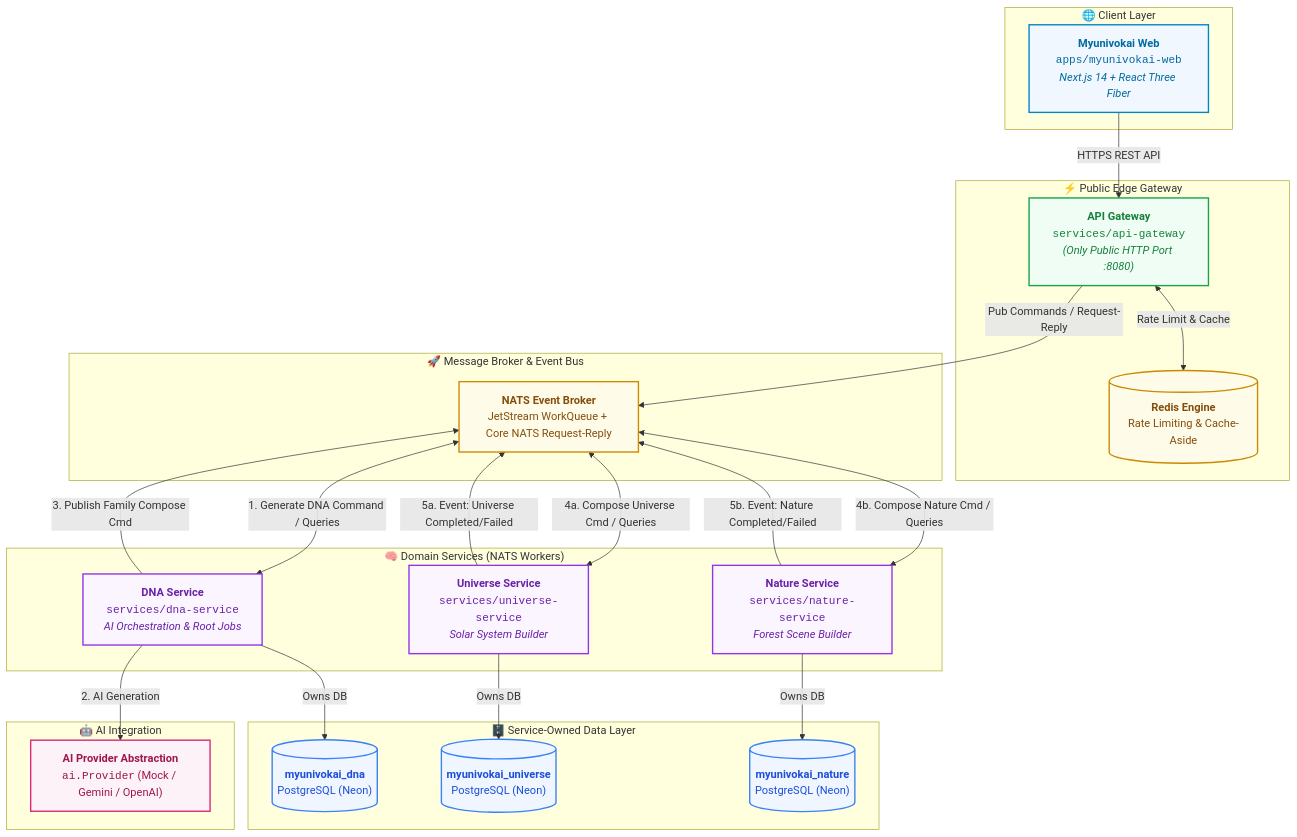
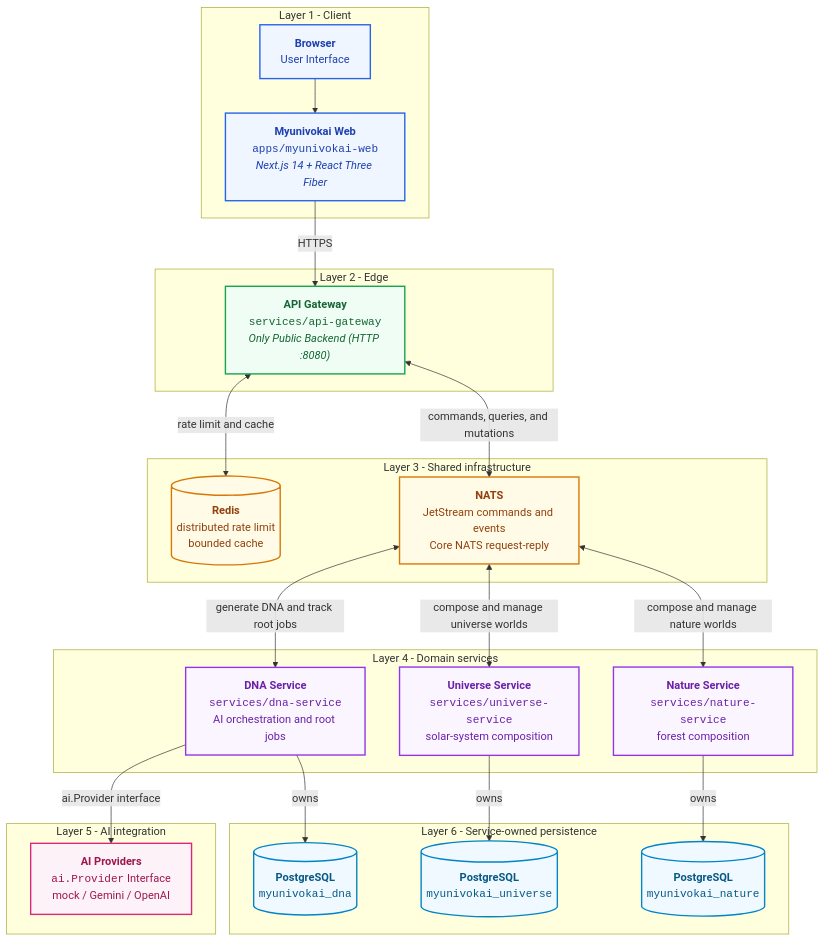
Before and after one commit to TuanTran0168/myunivokai: the diagram in README.md, drawn with Mermaid. The commit also changed other lines of this file, not shown here.

Commit message:
[UPDATE][DOCS][staging]: Redraw 6-layer Mermaid architecture diagram and remove obsolete text

````diff
--- a/README.md
+++ b/README.md
@@ -7,58 +10,52 @@
 ```mermaid
 flowchart TB
-  %% Styling Tokens
-  classDef client fill:#f0f7ff,stroke:#0284c7,stroke-width:2px,color:#0369a1;
-  classDef edge fill:#f0fdf4,stroke:#16a34a,stroke-width:2px,color:#15803d;
-  classDef infra fill:#fefce8,stroke:#ca8a04,stroke-width:2px,color:#854d0e;
-  classDef domain fill:#faf5ff,stroke:#9333ea,stroke-width:2px,color:#6b21a8;
-  classDef ai fill:#fdf2f8,stroke:#db2777,stroke-width:2px,color:#9d174d;
-  classDef db fill:#eff6ff,stroke:#3b82f6,stroke-width:2px,color:#1d4ed8;
+  %% Class Definitions & Layer Colors
+  classDef clientStyle fill:#eff6ff,stroke:#2563eb,stroke-width:2px,color:#1e40af;
+  classDef edgeStyle fill:#f0fdf4,stroke:#16a34a,stroke-width:2px,color:#166534;
+  classDef infraStyle fill:#fffbe6,stroke:#d97706,stroke-width:2px,color:#92400e;
+  classDef domainStyle fill:#faf5ff,stroke:#9333ea,stroke-width:2px,color:#6b21a8;
+  classDef aiStyle fill:#fdf2f8,stroke:#db2777,stroke-width:2px,color:#9d174d;
+  classDef dbStyle fill:#f0f9ff,stroke:#0284c7,stroke-width:2px,color:#075985;
 
-  subgraph Layer1 ["🌐 Client Layer"]
-    web["<b>Myunivokai Web</b><br/><code>apps/myunivokai-web</code><br/><i>Next.js 14 + React Three Fiber</i>"]:::client
+  subgraph clientLayer ["Layer 1 - Client"]
+    browser["<b>Browser</b><br/>User Interface"]:::clientStyle
+    web["<b>Myunivokai Web</b><br/><code>apps/myunivokai-web</code><br/><i>Next.js 14 + React Three Fiber</i>"]:::clientStyle
+    browser --> web
   end
 
-  subgraph Layer2 ["⚡ Public Edge Gateway"]
-    gateway["<b>API Gateway</b><br/><code>services/api-gateway</code><br/><i>(Only Public HTTP Port :8080)</i>"]:::edge
-    redis[("<b>Redis Engine</b><br/>Rate Limiting & Cache-Aside")]:::infra
+  subgraph edgeLayer ["Layer 2 - Edge"]
+    gateway["<b>API Gateway</b><br/><code>services/api-gateway</code><br/><i>Only Public Backend (HTTP :8080)</i>"]:::edgeStyle
   end
 
-  subgraph Layer3 ["🚀 Message Broker & Event Bus"]
-    nats["<b>NATS Event Broker</b><br/>JetStream WorkQueue + Core NATS Request-Reply"]:::infra
+  subgraph infrastructureLayer ["Layer 3 - Shared infrastructure"]
+    redis[("<b>Redis</b><br/>distributed rate limit<br/>bounded cache")]:::infraStyle
+    nats["<b>NATS</b><br/>JetStream commands and events<br/>Core NATS request-reply"]:::infraStyle
   end
 
-  subgraph Layer4 ["🧠 Domain Services (NATS Workers)"]
-    dna["<b>DNA Service</b><br/><code>services/dna-service</code><br/><i>AI Orchestration & Root Jobs</i>"]:::domain
-    universe["<b>Universe Service</b><br/><code>services/universe-service</code><br/><i>Solar System Builder</i>"]:::domain
-    nature["<b>Nature Service</b><br/><code>services/nature-service</code><br/><i>Forest Scene Builder</i>"]:::domain
+  subgraph domainLayer ["Layer 4 - Domain services"]
+    dna["<b>DNA Service</b><br/><code>services/dna-service</code><br/>AI orchestration and root jobs"]:::domainStyle
+    universe["<b>Universe Service</b><br/><code>services/universe-service</code><br/>solar-system composition"]:::domainStyle
+    nature["<b>Nature Service</b><br/><code>services/nature-service</code><br/>forest composition"]:::domainStyle
   end
 
-  subgraph Layer5 ["🤖 AI Integration"]
-    providers["<b>AI Provider Abstraction</b><br/><code>ai.Provider</code> (Mock / Gemini / OpenAI)"]:::ai
+  subgraph integrationLayer ["Layer 5 - AI integration"]
+    providers["<b>AI Providers</b><br/><code>ai.Provider</code> Interface<br/>mock / Gemini / OpenAI"]:::aiStyle
   end
 
-  subgraph Layer6 ["🗄️ Service-Owned Data Layer"]
-    dnaDb[("<b>myunivokai_dna</b><br/>PostgreSQL (Neon)")]:::db
-    universeDb[("<b>myunivokai_universe</b><br/>PostgreSQL (Neon)")]:::db
-    natureDb[("<b>myunivokai_nature</b><br/>PostgreSQL (Neon)")]:::db
+  subgraph persistenceLayer ["Layer 6 - Service-owned persistence"]
+    dnaDatabase[("<b>PostgreSQL</b><br/><code>myunivokai_dna</code>")]:::dbStyle
+    universeDatabase[("<b>PostgreSQL</b><br/><code>myunivokai_universe</code>")]:::dbStyle
+    natureDatabase[("<b>PostgreSQL</b><br/><code>myunivokai_nature</code>")]:::dbStyle
   end
 
-  %% Flow Connections
-  web -->|"HTTPS REST API"| gateway
-  gateway <-->|"Rate Limit & Cache"| redis
-  gateway -->|"Pub Commands / Request-Reply"| nats
-
-  nats <-->|"1. Generate DNA Command / Queries"| dna
-  dna -->|"2. AI Generation"| providers
-  dna -->|"3. Publish Family Compose Cmd"| nats
-
-  nats <-->|"4a. Compose Universe Cmd / Queries"| universe
-  nats <-->|"4b. Compose Nature Cmd / Queries"| nature
-
-  universe -->|"5a. Event: Universe Completed/Failed"| nats
-  nature -->|"5b. Event: Nature Completed/Failed"| nats
-
-  dna -->|"Owns DB"| dnaDb
-  universe -->|"Owns DB"| universeDb
-  nature -->|"Owns DB"| natureDb
+  web -->|"HTTPS"| gateway
+  gateway <-->|"rate limit and cache"| redis
+  gateway <-->|"commands, queries, and mutations"| nats
+  nats <-->|"generate DNA and track root jobs"| dna
+  nats <-->|"compose and manage universe worlds"| universe
+  nats <-->|"compose and manage nature worlds"| nature
+  dna -->|"ai.Provider interface"| providers
+  dna -->|"owns"| dnaDatabase
+  universe -->|"owns"| universeDatabase
+  nature -->|"owns"| natureDatabase
 ```
````
